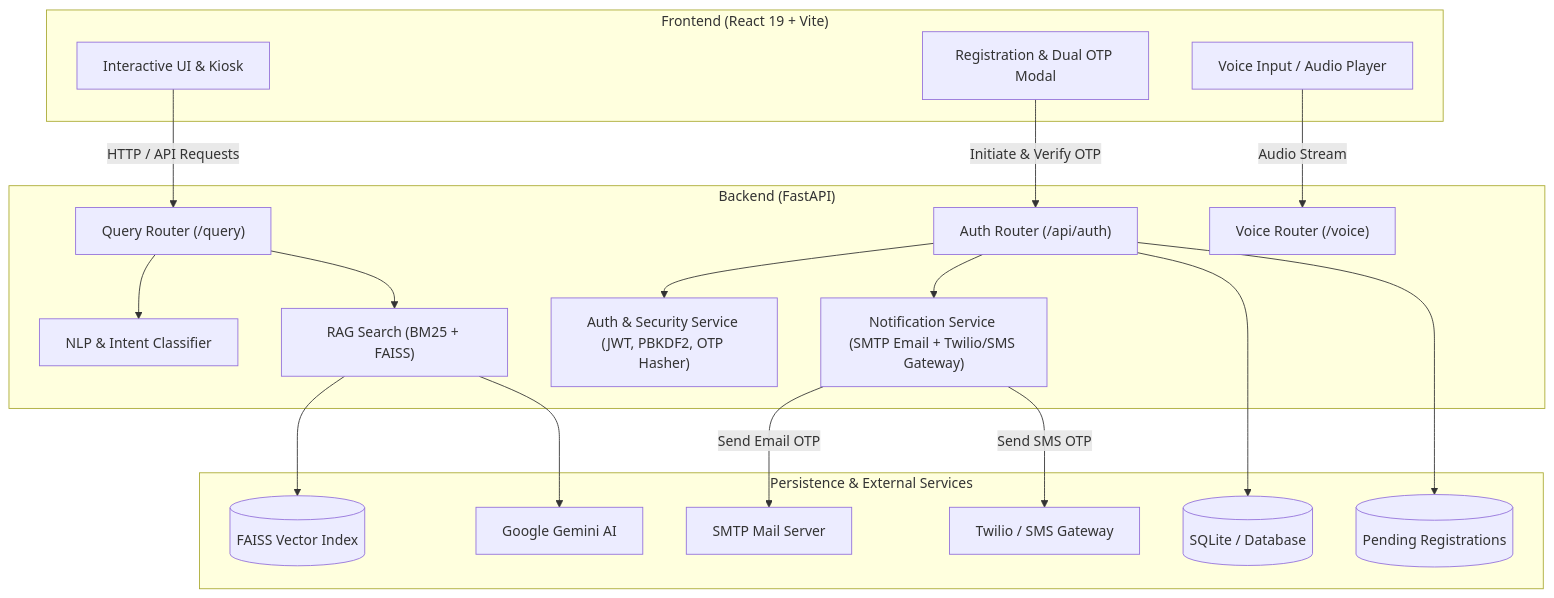
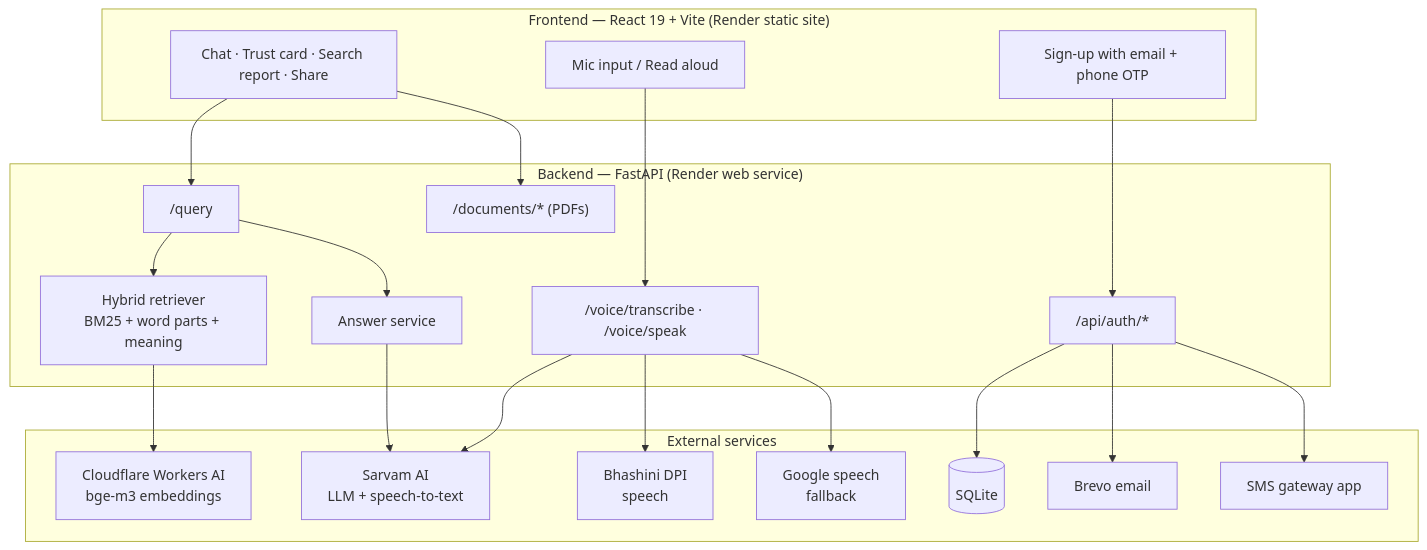
The second of 2 diagrams in README.md (Anadijain1234/Sahakar-Sahayak), drawn with Mermaid before and after one commit. The commit also changed other lines of this file and 22 other files, not shown here.

````diff
--- a/README.md
+++ b/README.md
@@ -66,45 +120,34 @@
 ```mermaid
 flowchart TD
-    subgraph Client["Frontend (React 19 + Vite)"]
-        UI[Interactive UI & Kiosk]
-        AuthUI[Registration & Dual OTP Modal]
-        VoiceUI[Voice Input / Audio Player]
+    subgraph Client["Frontend — React 19 + Vite (Render static site)"]
+        UI[Chat · Trust card · Search report · Share]
+        Voice[Mic input / Read aloud]
+        AuthUI[Sign-up with email + phone OTP]
     end
 
-    subgraph Backend["Backend (FastAPI)"]
-        RouterAuth["Auth Router (/api/auth)"]
-        RouterQuery["Query Router (/query)"]
-        RouterVoice["Voice Router (/voice)"]
-        
-        AuthService["Auth & Security Service (JWT, PBKDF2, OTP Hasher)"]
-        NotifService["Notification Service (SMTP Email + Twilio/SMS Gateway)"]
-        NLPService["NLP & Intent Classifier"]
-        RAGService["RAG Search (BM25 + FAISS)"]
+    subgraph Backend["Backend — FastAPI (Render web service)"]
+        Q["/query"]
+        V["/voice/transcribe · /voice/speak"]
+        AU["/api/auth/*"]
+        DOCS["/documents/* (PDFs)"]
+        RET[Hybrid retriever<br/>BM25 + word parts + meaning]
+        RAG[Answer service]
     end
 
-    subgraph Storage["Persistence & External Services"]
-        DB[(SQLite / Database)]
-        PendingDB[(Pending Registrations)]
-        VectorStore[(FAISS Vector Index)]
-        SMTP[SMTP Mail Server]
-        SMS[Twilio / SMS Gateway]
-        Gemini[Google Gemini AI]
+    subgraph External["External services"]
+        SARVAM[Sarvam AI<br/>LLM + speech-to-text]
+        CF[Cloudflare Workers AI<br/>bge-m3 embeddings]
+        BH[Bhashini DPI<br/>speech]
+        GG[Google speech<br/>fallback]
+        BREVO[Brevo email]
+        SMS[SMS gateway app]
+        DB[(SQLite)]
     end
 
-    UI -->|HTTP / API Requests| RouterQuery
-    AuthUI -->|Initiate & Verify OTP| RouterAuth
-    VoiceUI -->|Audio Stream| RouterVoice
-
-    RouterAuth --> AuthService
-    RouterAuth --> NotifService
-    RouterAuth --> DB
-    RouterAuth --> PendingDB
-
-    NotifService -->|Send Email OTP| SMTP
-    NotifService -->|Send SMS OTP| SMS
-
-    RouterQuery --> NLPService
-    RouterQuery --> RAGService
-    RAGService --> VectorStore
-    RAGService --> Gemini
+    UI --> Q --> RET --> CF
+    Q --> RAG --> SARVAM
+    Voice --> V --> SARVAM & BH & GG
+    AuthUI --> AU --> DB
+    AU --> BREVO & SMS
+    UI --> DOCS
 ```
````
